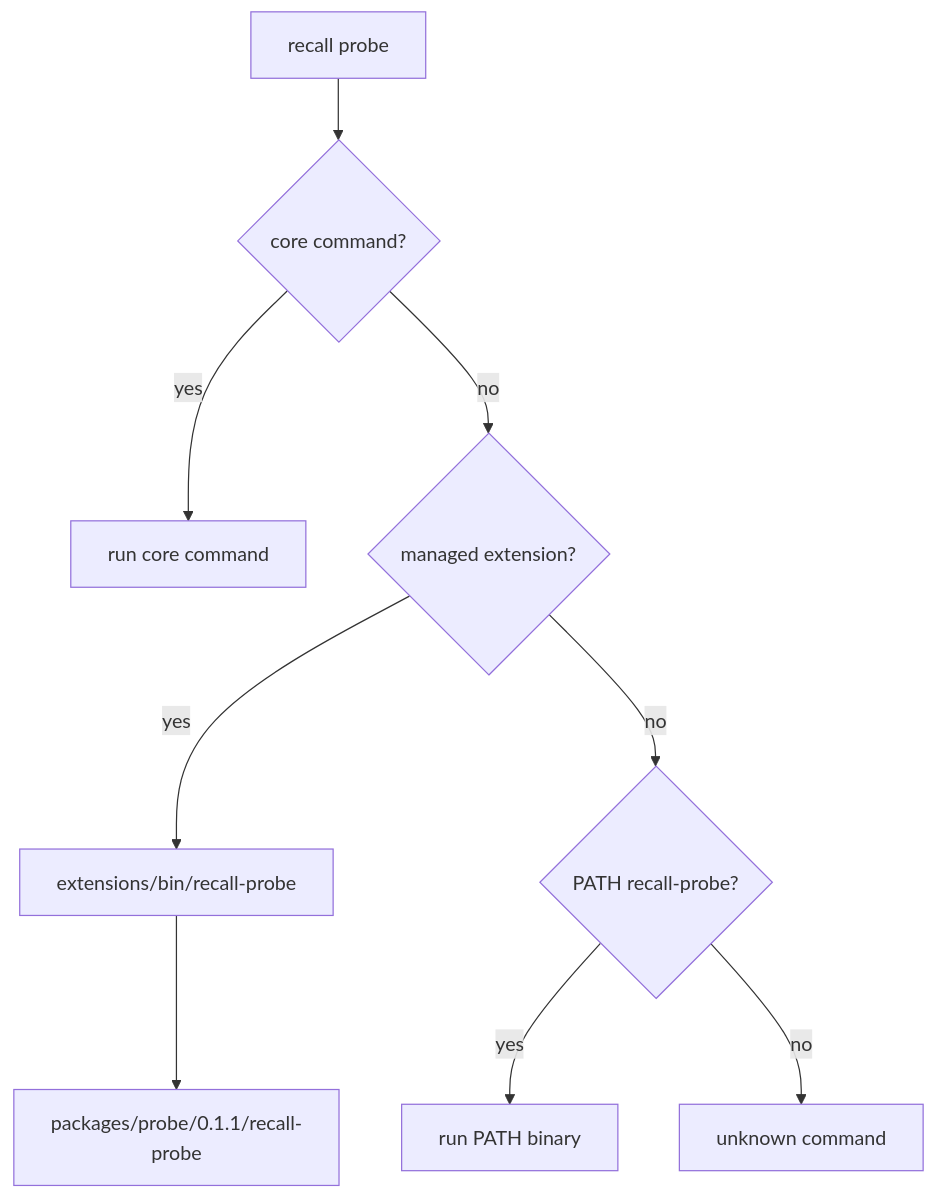
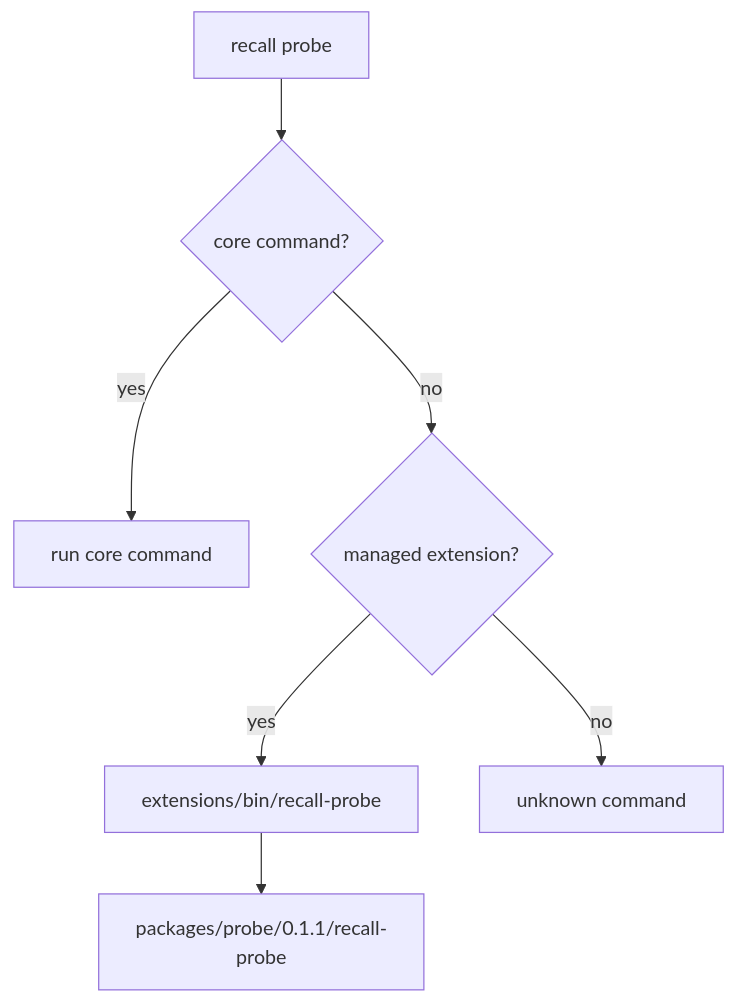
Before and after one commit to samzong/Recall: the second of 3 diagrams in docs/extensions.md, drawn with Mermaid. The commit also changed other lines of this file and 5 other files, not shown here.

````diff
--- a/docs/extensions.md
+++ b/docs/extensions.md
@@ -365,11 +368,9 @@
 ```mermaid
 flowchart TD
   Command["recall probe"] --> Core{"core command?"}
   Core -- yes --> CoreRun["run core command"]
   Core -- no --> Managed{"managed extension?"}
   Managed -- yes --> ManagedBin["extensions/bin/recall-probe"]
-  Managed -- no --> Path{"PATH recall-probe?"}
-  Path -- yes --> PathBin["run PATH binary"]
-  Path -- no --> Error["unknown command"]
+  Managed -- no --> Error["unknown command"]
   ManagedBin --> Package["packages/probe/0.1.1/recall-probe"]
 ```
````
